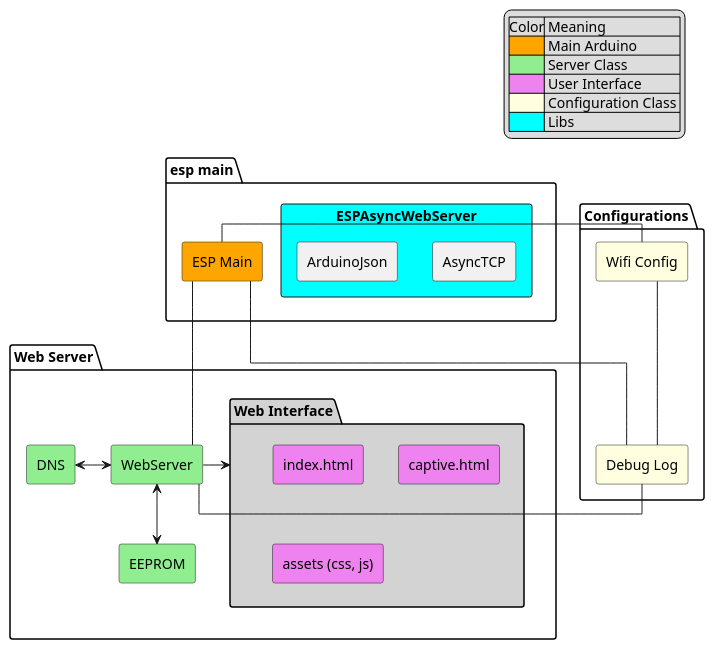
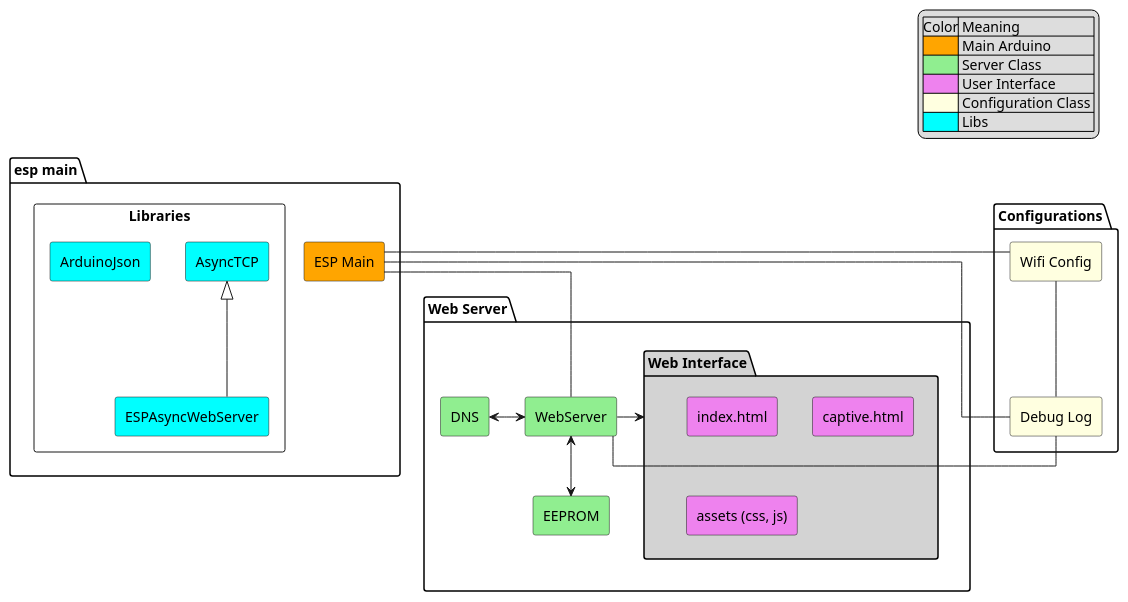
One commit to luanphamng/esp-captive-portal changed the diagram in functional-design.plantuml. Above: the diagram before and after it, drawn with PlantUML. The commit also changed 20 other files, not shown here.

```diff
--- a/functional-design.plantuml
+++ b/functional-design.plantuml
@@ -1,54 +1,58 @@
 @startuml
 
 skinparam ComponentStyle rectangle
 skinparam Linetype ortho
 
 package "esp main" {
     component "ESP Main" as com_espMain #Orange {
 
     }
-    component "ESPAsyncWebServer" as libESPAsync #Cyan {
-        component AsyncTCP
-        component ArduinoJson
+
+    component Libraries {
+        component "ESPAsyncWebServer" as lib_ESPAsync #Cyan {
+        }
+        component "AsyncTCP" as lib_AsyncTCP #Cyan
+        component "ArduinoJson" as lib_ArduinoJson #Cyan
+
+        lib_ESPAsync -up-|> lib_AsyncTCP
     }
-
 }
 
 package Configurations {
     component "Debug Log" as com_DebugLogconfig #LightYellow
     component "Wifi Config" as com_wifiConfig #LightYellow
 }
 
 package "Web Server" as pkg_WebServer {
     component "WebServer" as com_WebServer #LightGreen
     component "EEPROM" as com_eeprom #LightGreen
     component "DNS" as com_DNS #LightGreen
 
     package "Web Interface" as htmls #LightGray {
         component "index.html" as com_index #Violet
         component "captive.html" as com_captive #Violet
         component "assets (css, js)" as com_assets #Violet
     }
 
     com_WebServer <--> com_eeprom
     com_WebServer <-left-> com_DNS
     com_WebServer -right-> htmls
 }
 
 com_espMain -left- com_wifiConfig
 com_espMain -down- com_WebServer
 
 
 com_WebServer -- com_DebugLogconfig
 com_espMain -- com_DebugLogconfig
 com_wifiConfig -- com_DebugLogconfig
 
 legend top right
     |Color| Meaning |
     |<#Orange>| Main Arduino |
     |<#LightGreen>| Server Class |
     |<#Violet>| User Interface |
     |<#LightYellow>| Configuration Class |
     |<#Cyan>| Libs |
 endlegend
 @enduml
```
